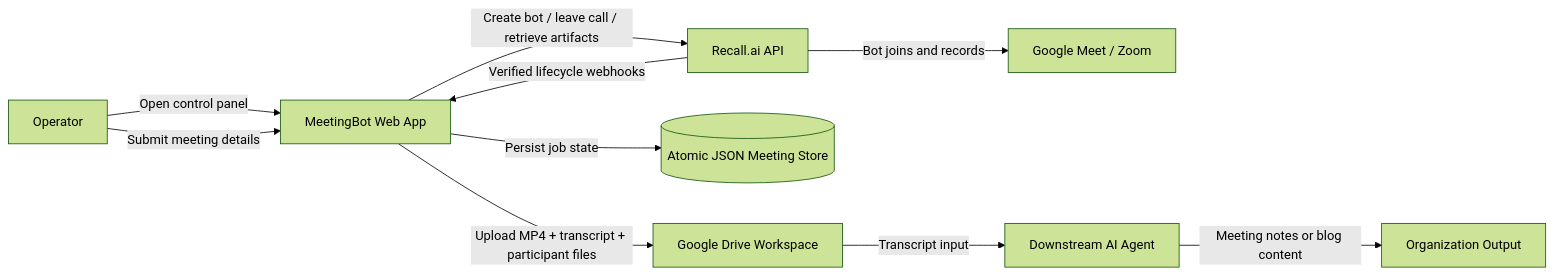
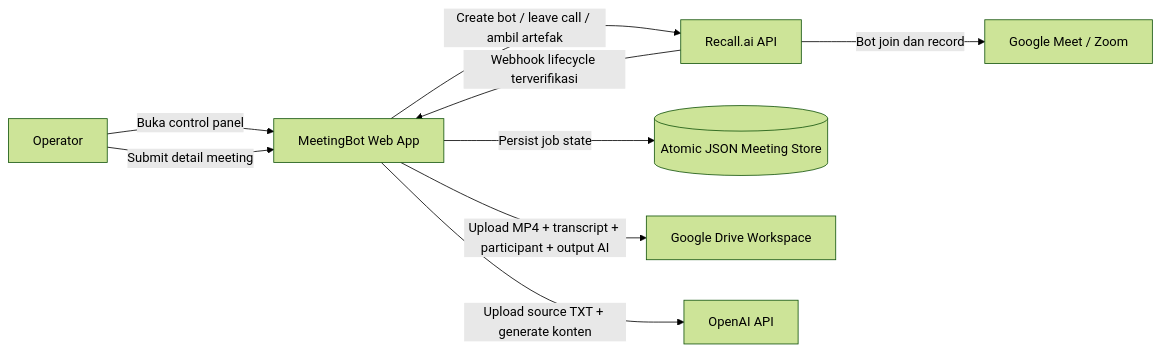
One commit to iwkz-dev/meetingbot changed the first of 8 diagrams in docs/ARCHITECTURE.md. Above: the diagram before and after it, drawn with Mermaid (forest theme). The commit also changed other lines of this file and 18 other files, not shown here.

````diff
--- a/docs/ARCHITECTURE.md
+++ b/docs/ARCHITECTURE.md
@@ -35,14 +34,13 @@
 ```mermaid
 flowchart LR
-    U[Operator] -->|Open control panel| W[MeetingBot Web App]
-    U -->|Submit meeting details| W
+    U[Operator] -->|Buka control panel| W[MeetingBot Web App]
+    U -->|Submit detail meeting| W
 
-    W -->|Create bot / leave call / retrieve artifacts| R[Recall.ai API]
-    R -->|Bot joins and records| M[Google Meet / Zoom]
-    R -->|Verified lifecycle webhooks| W
+    W -->|Create bot / leave call / ambil artefak| R[Recall.ai API]
+    R -->|Bot join dan record| M[Google Meet / Zoom]
+    R -->|Webhook lifecycle terverifikasi| W
 
     W -->|Persist job state| S[(Atomic JSON Meeting Store)]
-    W -->|Upload MP4 + transcript + participant files| G[Google Drive Workspace]
-    G -->|Transcript input| A[Downstream AI Agent]
-    A -->|Meeting notes or blog content| O[Organization Output]
+    W -->|Upload MP4 + transcript + participant + output AI| G[Google Drive Workspace]
+    W -->|Upload source TXT + generate konten| O[OpenAI API]
 ```
````
